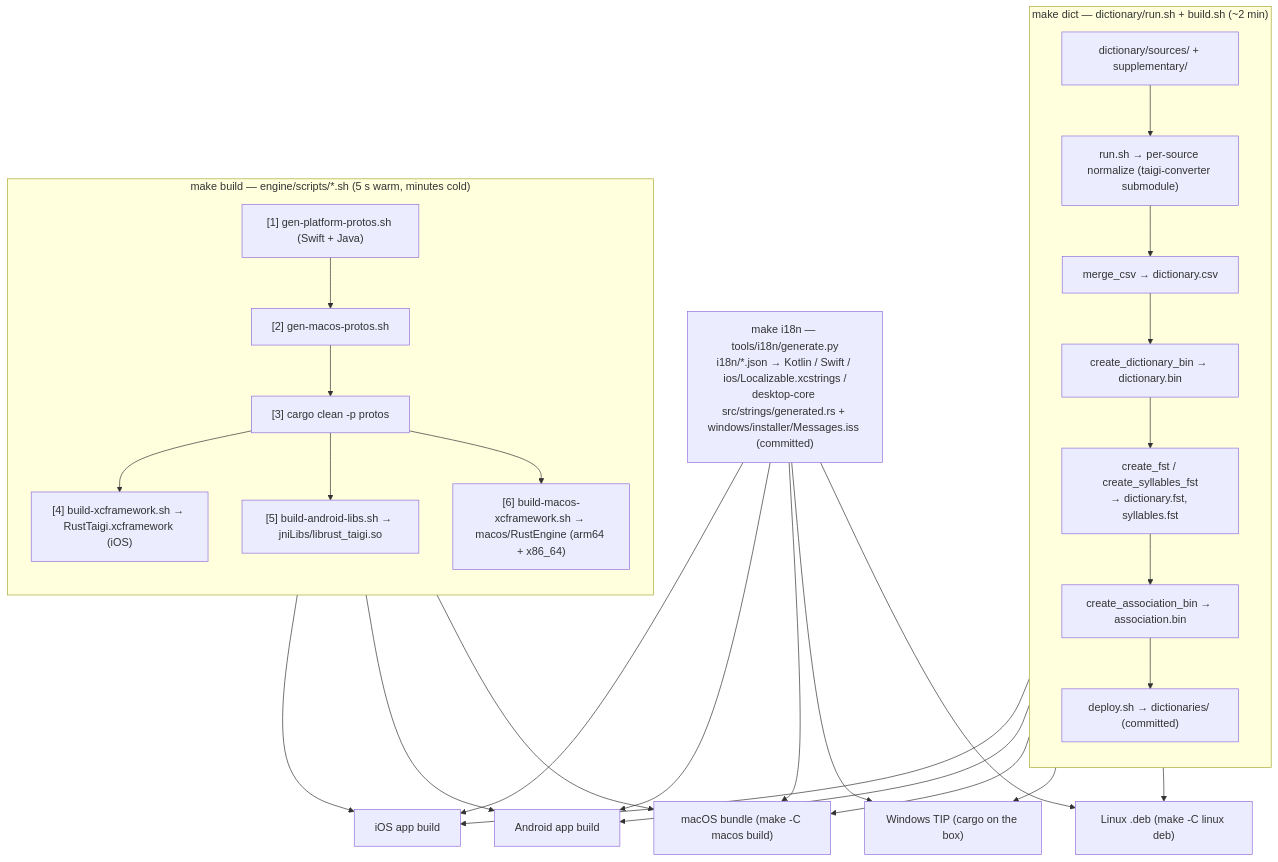
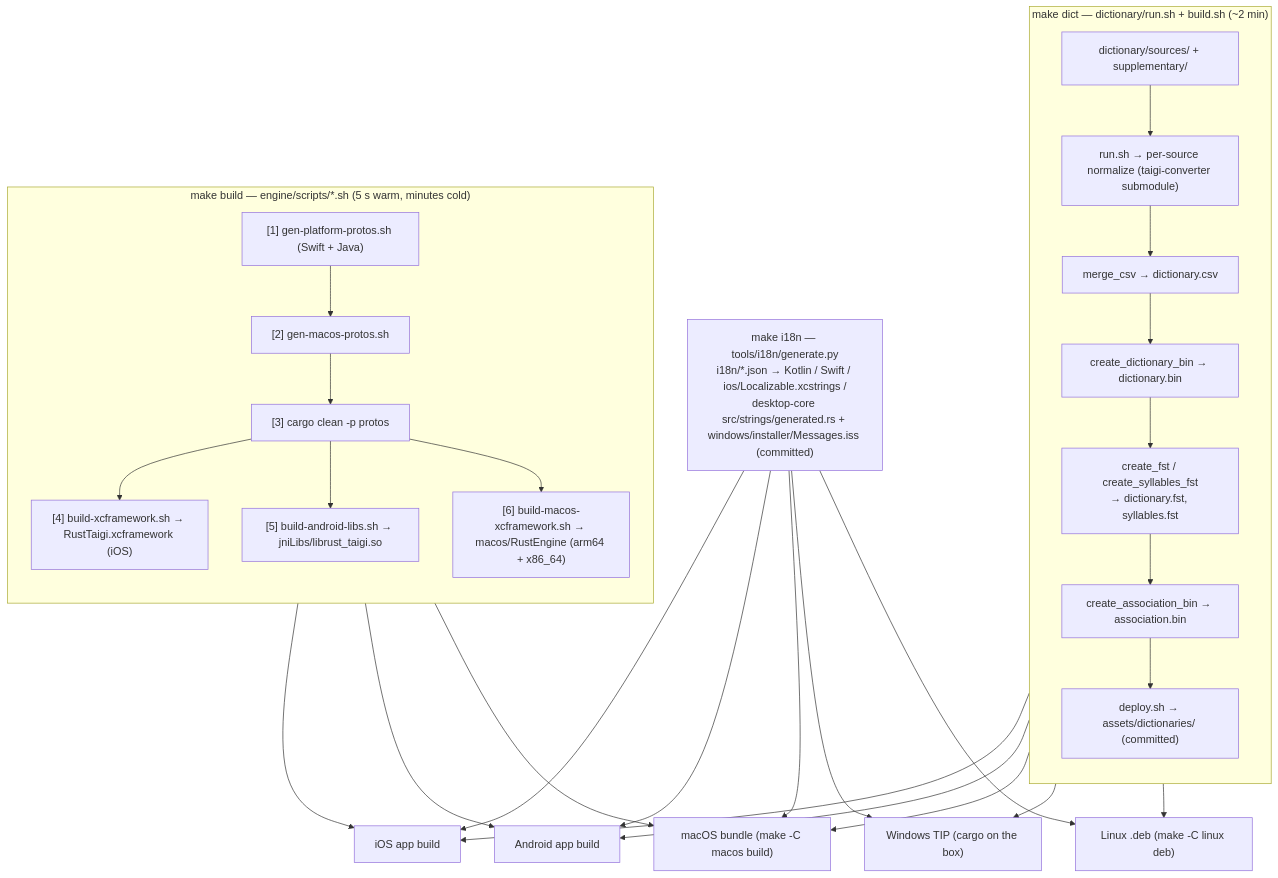
One commit to yapinxxx/taigikeyboard changed the third of 4 diagrams in docs/architecture/system-overview.md. Above: the diagram before and after it, drawn with Mermaid. The commit also changed other lines of this file and 56 other files, not shown here.

````diff
--- a/docs/architecture/system-overview.md
+++ b/docs/architecture/system-overview.md
@@ -105,24 +105,24 @@
 ```mermaid
 flowchart TD
     subgraph dictpipe["make dict — dictionary/run.sh + build.sh (~2 min)"]
         direction TB
         src["dictionary/sources/ + supplementary/"] --> pipe["run.sh → per-source normalize (taigi-converter submodule)"]
         pipe --> merge["merge_csv → dictionary.csv"] --> binw["create_dictionary_bin → dictionary.bin"]
         binw --> fstw["create_fst / create_syllables_fst<br/>→ dictionary.fst, syllables.fst"] --> assoc["create_association_bin → association.bin"]
-        assoc --> dep["deploy.sh → dictionaries/ (committed)"]
+        assoc --> dep["deploy.sh → assets/dictionaries/ (committed)"]
     end
     subgraph buildpipe["make build — engine/scripts/*.sh (5 s warm, minutes cold)"]
         direction TB
         proto["[1] gen-platform-protos.sh (Swift + Java)"] --> mproto["[2] gen-macos-protos.sh"] --> clean["[3] cargo clean -p protos"]
         clean --> xcf["[4] build-xcframework.sh → RustTaigi.xcframework (iOS)"]
         clean --> jnib["[5] build-android-libs.sh → jniLibs/librust_taigi.so"]
         clean --> mxcf["[6] build-macos-xcframework.sh → macos/RustEngine (arm64 + x86_64)"]
     end
     i18n["make i18n — tools/i18n/generate.py<br/>i18n/*.json → Kotlin / Swift / ios/Localizable.xcstrings /<br/>desktop-core src/strings/generated.rs + windows/installer/Messages.iss (committed)"]
 
     dep --> iosApp["iOS app build"] & andApp["Android app build"] & macApp["macOS bundle (make -C macos build)"] & winApp["Windows TIP (cargo on the box)"] & linApp["Linux .deb (make -C linux deb)"]
     xcf --> iosApp
     jnib --> andApp
     mxcf --> macApp
     i18n --> iosApp & andApp & macApp & winApp & linApp
 ```
````
